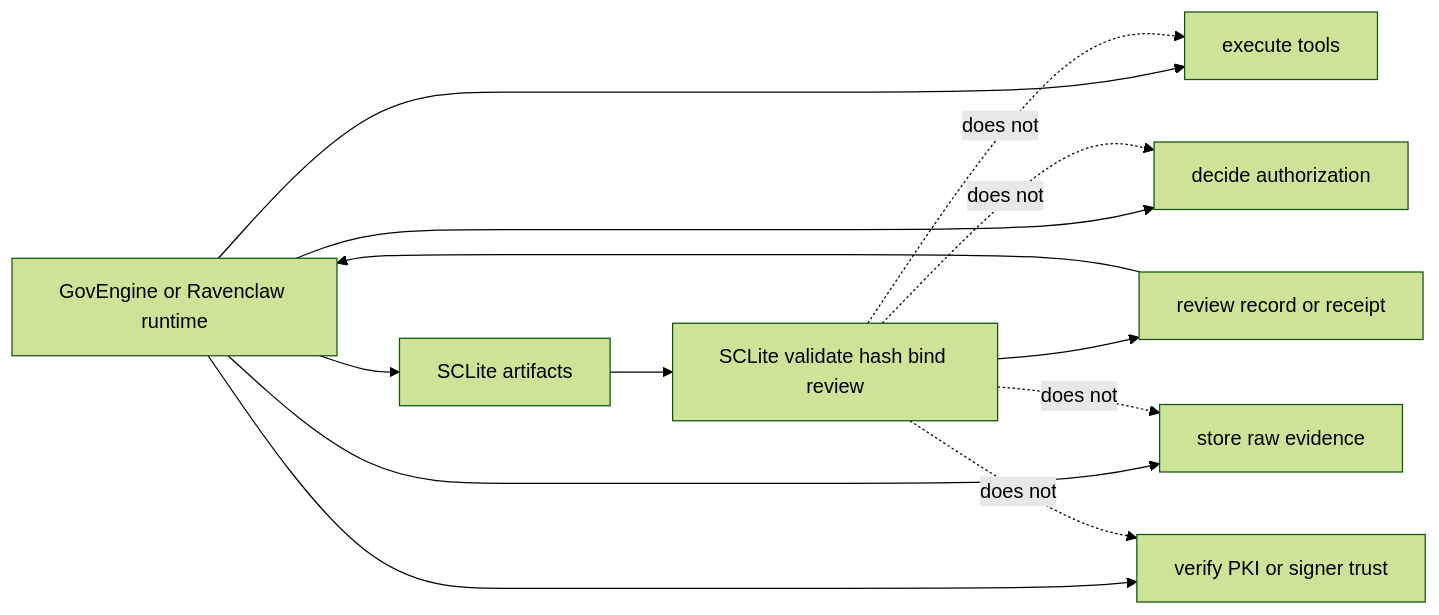
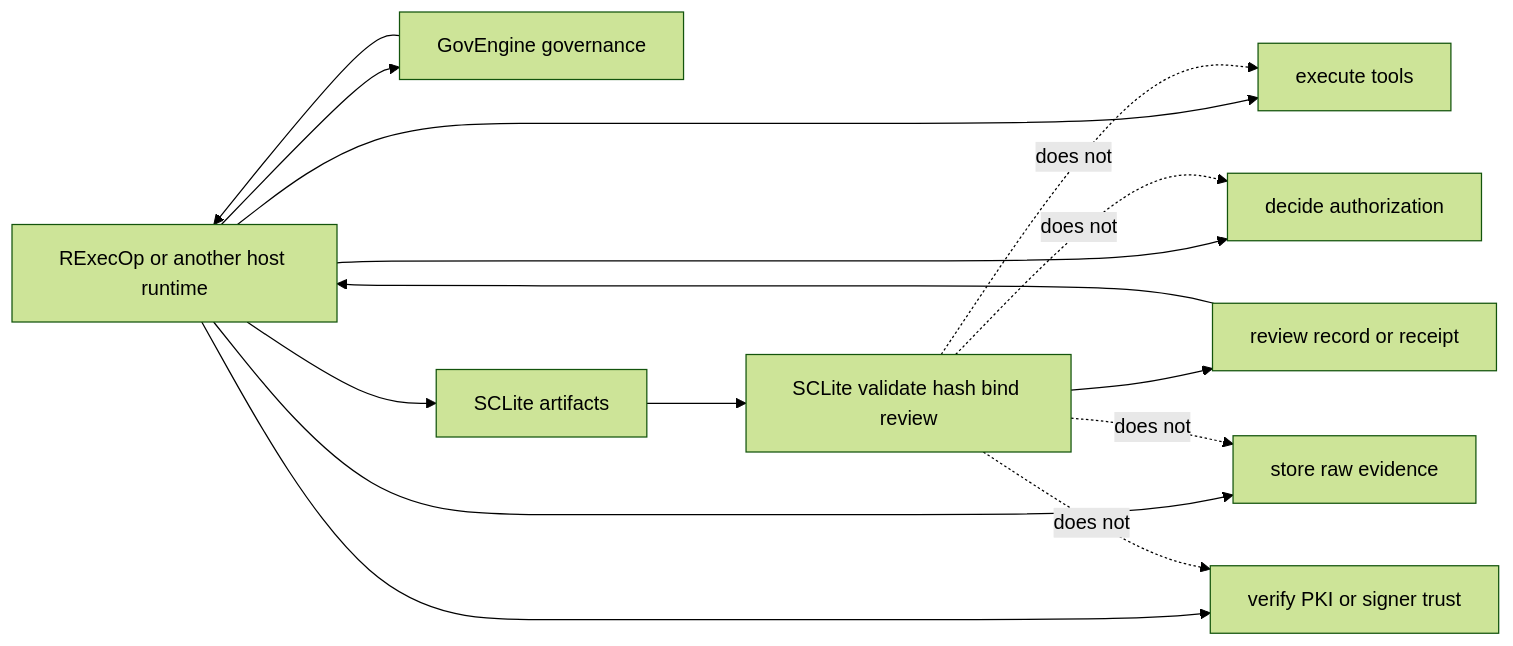
One commit to rozmiarD/SCLite changed the third of 4 diagrams in README.md. Above: the diagram before and after it, drawn with Mermaid (forest theme). The commit also changed other lines of this file and 7 other files, not shown here.

Commit message:
Align current GovEngine integration docs

````diff
--- a/README.md
+++ b/README.md
@@ -213,17 +214,19 @@
 ```mermaid
 flowchart LR
-    Runtime[GovEngine or Ravenclaw runtime] --> Artifacts[SCLite artifacts]
+    Runtime[RExecOp or another host runtime] --> Governance[GovEngine governance]
+    Governance --> Runtime
+    Runtime --> Artifacts[SCLite artifacts]
     Artifacts --> SCLite[SCLite validate hash bind review]
     SCLite --> Record[review record or receipt]
     Record --> Runtime
 
     Runtime --> Execute[execute tools]
     Runtime --> Authorize[decide authorization]
     Runtime --> Evidence[store raw evidence]
     Runtime --> Trust[verify PKI or signer trust]
 
     SCLite -. does not .-> Execute
     SCLite -. does not .-> Authorize
     SCLite -. does not .-> Evidence
     SCLite -. does not .-> Trust
 ```
````
